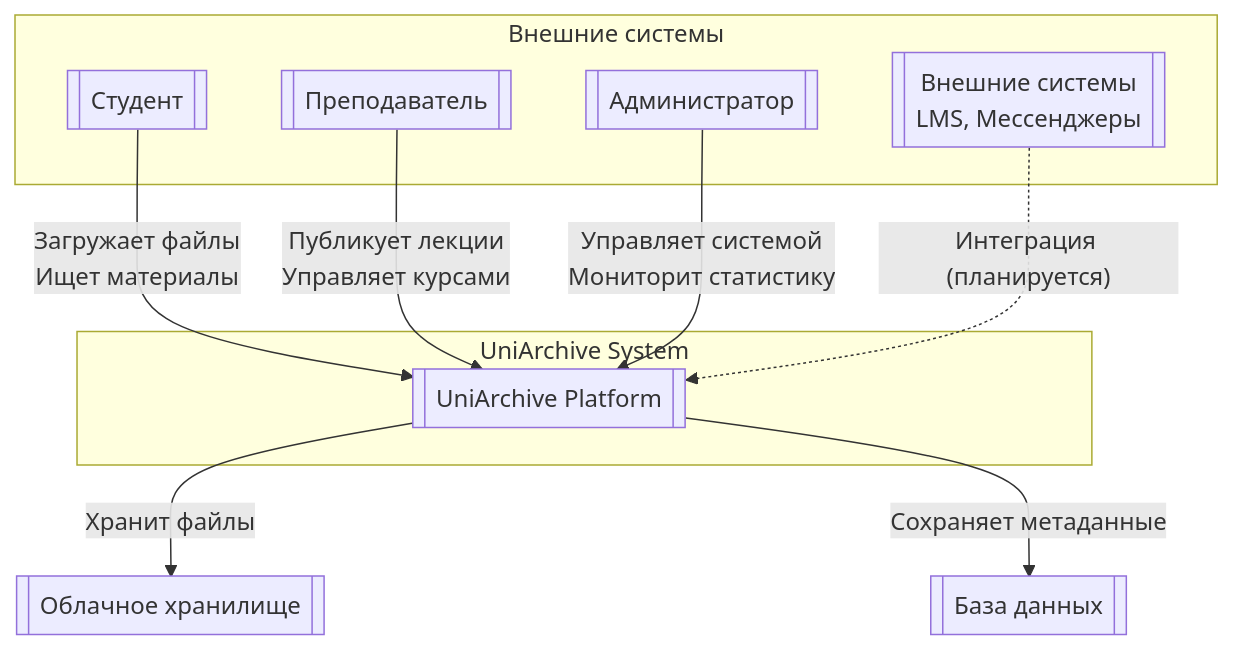
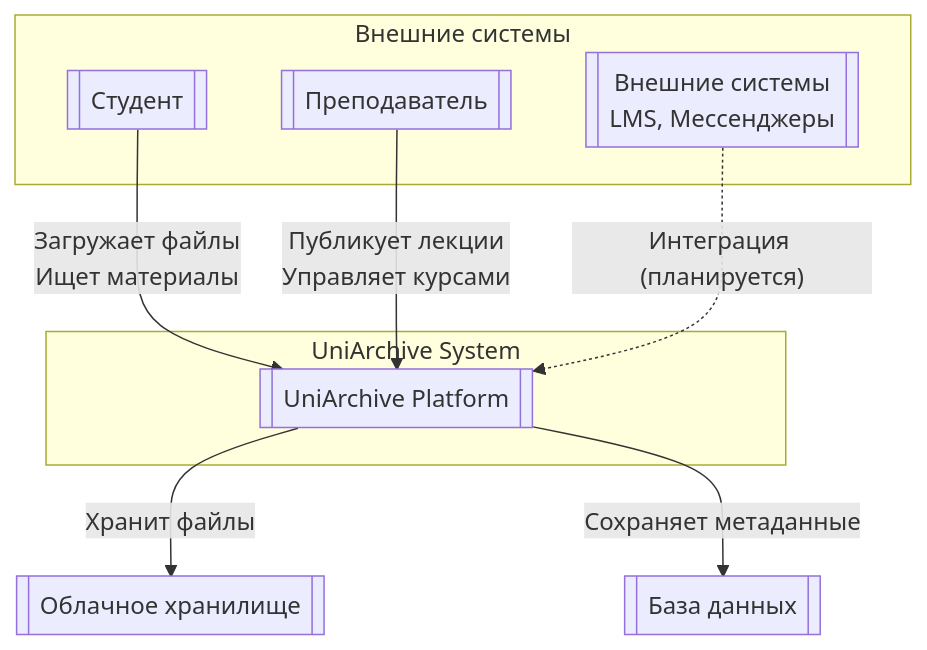
One commit to p6tso/p6tso.github.io changed the second of 2 diagrams in uniarchive/common.md. Above: the diagram before and after it, drawn with Mermaid. The commit also changed other lines of this file and 3 other files, not shown here.

````diff
--- a/uniarchive/common.md
+++ b/uniarchive/common.md
@@ -133,21 +124,19 @@
 ```mermaid
 flowchart TD
     subgraph "Внешние системы"
         User1[["Студент"]]
         User2[["Преподаватель"]]
-        User3[["Администратор"]]
         External[["Внешние системы<br/>LMS, Мессенджеры"]]
     end
     
     subgraph "UniArchive System"
         System[[UniArchive Platform]]
     end
     
     User1 -->|"Загружает файлы<br/>Ищет материалы"| System
     User2 -->|"Публикует лекции<br/>Управляет курсами"| System
-    User3 -->|"Управляет системой<br/>Мониторит статистику"| System
     External -.->|"Интеграция (планируется)"| System
     
     System -->|"Хранит файлы"| Storage[["Облачное хранилище"]]
     System -->|"Сохраняет метаданные"| DB[["База данных"]]
 ```
````
